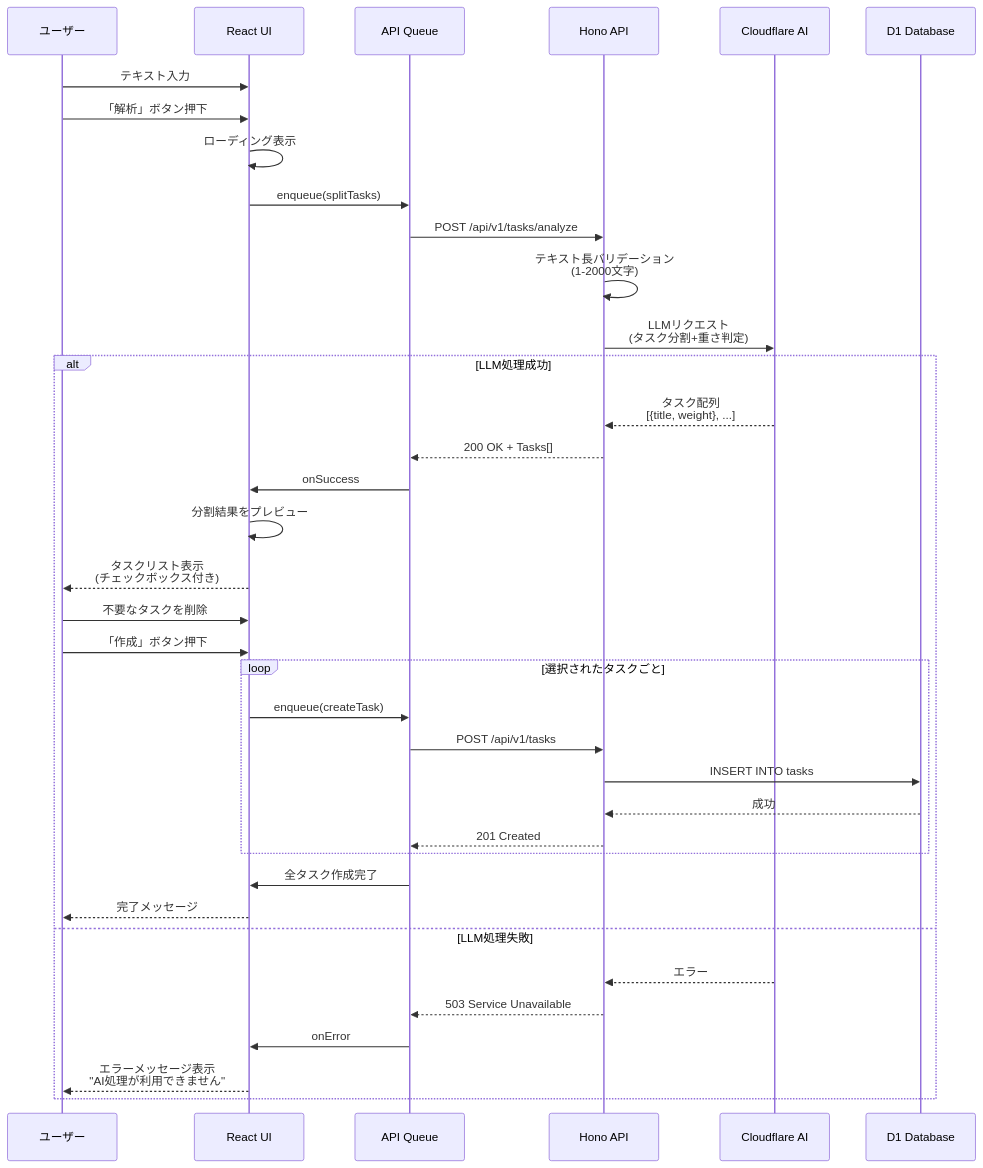
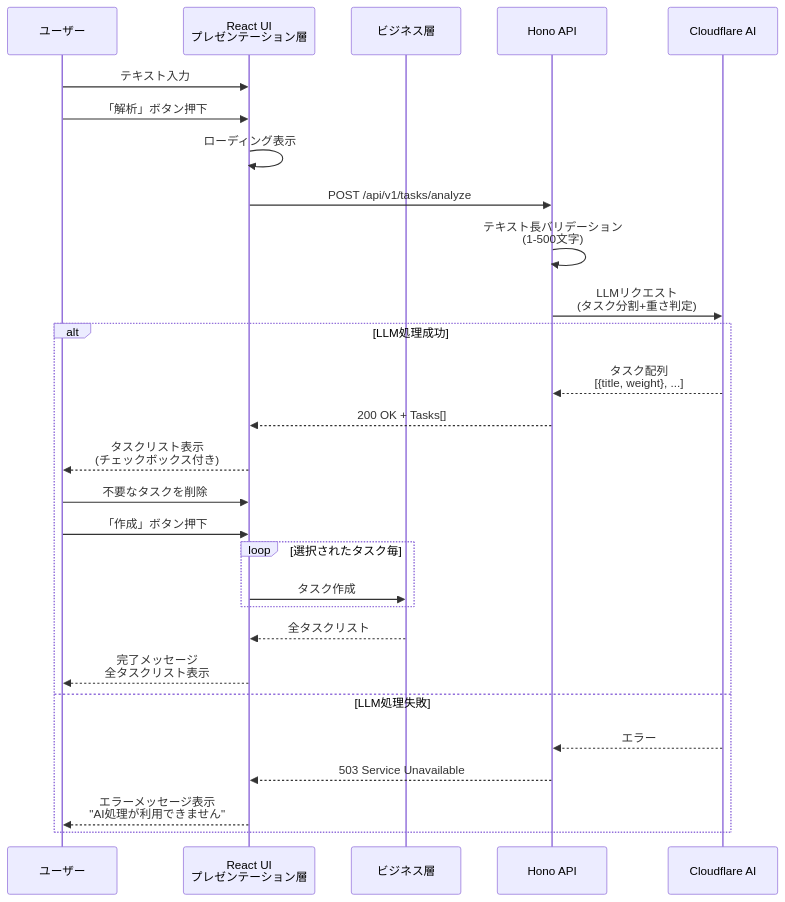
The fifth of 7 diagrams in doc/05_05_FUNCTIONAL_SPEC.md (osawa-naotaka/vanishtodo), drawn with Mermaid before and after one commit. The commit also changed other lines of this file and 1 other file, not shown here.

Commit message:
機能仕様書の状態遷移図を簡略化、機能仕様を一部記述方法修正。アーキテクチャの競合解決ポリシーを記述。

````diff
--- a/doc/05_05_FUNCTIONAL_SPEC.md
+++ b/doc/05_05_FUNCTIONAL_SPEC.md
@@ -158,45 +151,36 @@
 ```mermaid
 sequenceDiagram
     participant User as ユーザー
-    participant UI as React UI
-    participant Queue as API Queue
+    participant UI as React UI<br>プレゼンテーション層
+    participant Business as ビジネス層
     participant API as Hono API
     participant AI as Cloudflare AI
-    participant DB as D1 Database
     
     User->>UI: テキスト入力
     User->>UI: 「解析」ボタン押下
     
     UI->>UI: ローディング表示
-    UI->>Queue: enqueue(splitTasks)
-    Queue->>API: POST /api/v1/tasks/analyze
-    API->>API: テキスト長バリデーション<br/>(1-2000文字)
+    UI->>API: POST /api/v1/tasks/analyze
+    API->>API: テキスト長バリデーション<br/>(1-500文字)
     API->>AI: LLMリクエスト<br/>(タスク分割+重さ判定)
     
     alt LLM処理成功
         AI-->>API: タスク配列<br/>[{title, weight}, ...]
-        API-->>Queue: 200 OK + Tasks[]
-        Queue->>UI: onSuccess
-        UI->>UI: 分割結果をプレビュー
+        API-->>UI: 200 OK + Tasks[]
         UI-->>User: タスクリスト表示<br/>(チェックボックス付き)
         
         User->>UI: 不要なタスクを削除
         User->>UI: 「作成」ボタン押下
         
-        loop 選択されたタスクごと
-            UI->>Queue: enqueue(createTask)
-            Queue->>API: POST /api/v1/tasks
-            API->>DB: INSERT INTO tasks
-            DB-->>API: 成功
-            API-->>Queue: 201 Created
+        loop 選択されたタスク毎
+            UI->>Business: タスク作成
         end
         
-        Queue->>UI: 全タスク作成完了
-        UI-->>User: 完了メッセージ
+        Business-->>UI: 全タスクリスト
+        UI-->>User: 完了メッセージ<br>全タスクリスト表示
     else LLM処理失敗
         AI-->>API: エラー
-        API-->>Queue: 503 Service Unavailable
-        Queue->>UI: onError
+        API-->>UI: 503 Service Unavailable
         UI-->>User: エラーメッセージ表示<br/>"AI処理が利用できません"
     end
 ```
````
